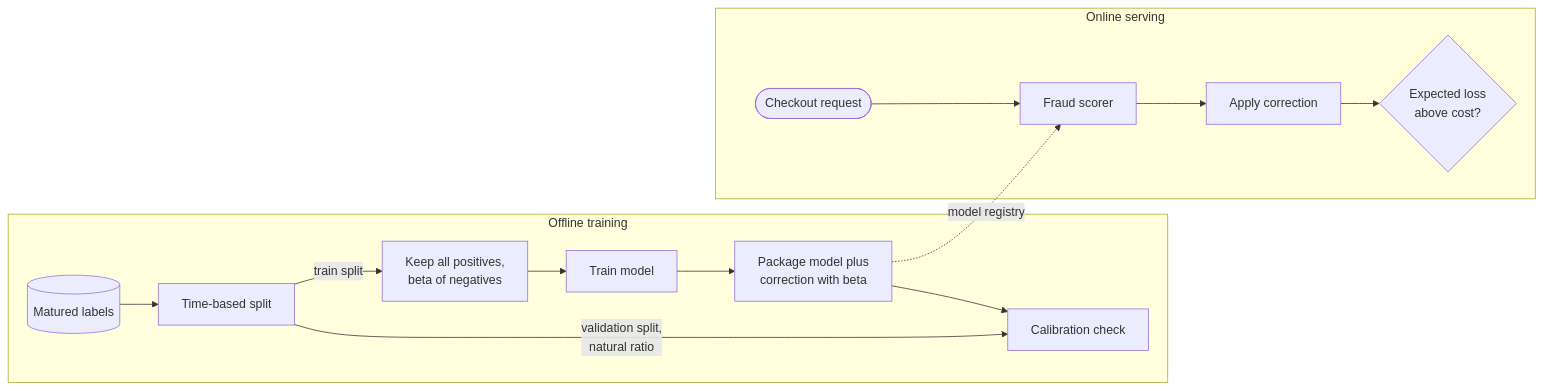
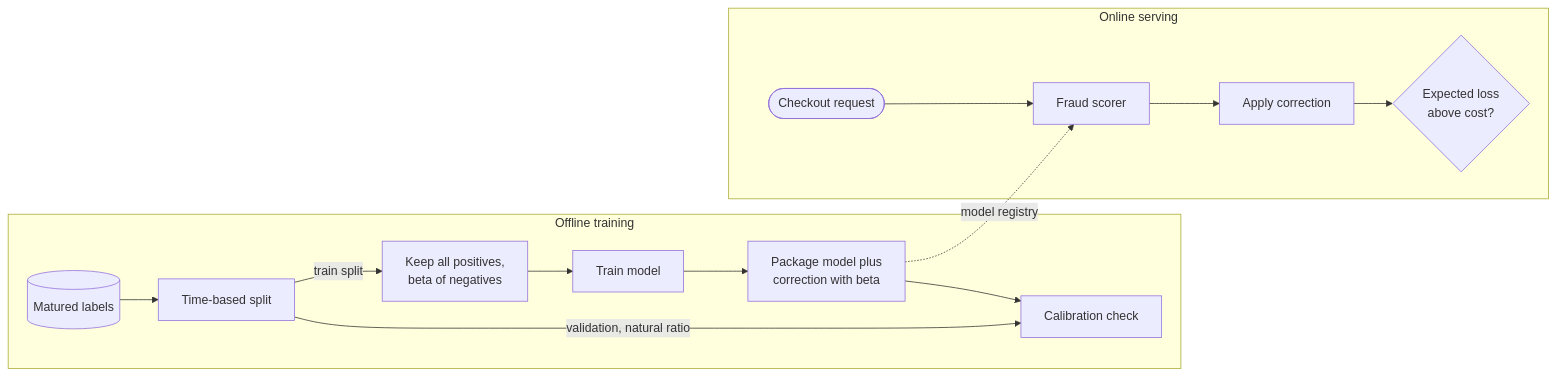
Before and after one commit to Sampath1-1-1/System-Design: the ninth of 13 diagrams in manuscript/book2-ml-ai/63-data-labeling-quality.md, drawn with Mermaid. The commit also changed other lines of this file and 2 other files, not shown here.

````diff
--- a/manuscript/book2-ml-ai/63-data-labeling-quality.md
+++ b/manuscript/book2-ml-ai/63-data-labeling-quality.md
@@ -1279,17 +1130,17 @@
 ```mermaid
 flowchart LR
   subgraph OFF["Offline training"]
     LS[(Matured labels)] --> SPL[Time-based split]
     SPL -->|train split| DS[Keep all positives,<br/>beta of negatives]
     DS --> TR[Train model]
-    SPL -->|validation split,<br/>natural ratio| CAL[Calibration check]
+    SPL -->|validation, natural ratio| CAL[Calibration check]
     TR --> PK[Package model plus<br/>correction with beta]
     PK --> CAL
   end
   subgraph ON["Online serving"]
     REQ([Checkout request]) --> SRV[Fraud scorer]
     SRV --> COR[Apply correction]
     COR --> DEC{Expected loss<br/>above cost?}
   end
   PK -.->|model registry| SRV
 ```
````
